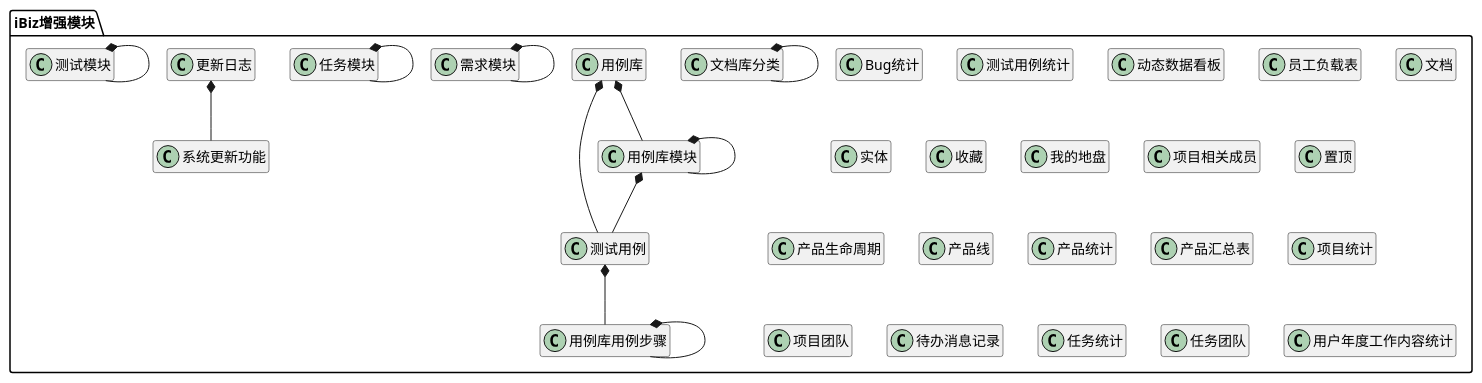
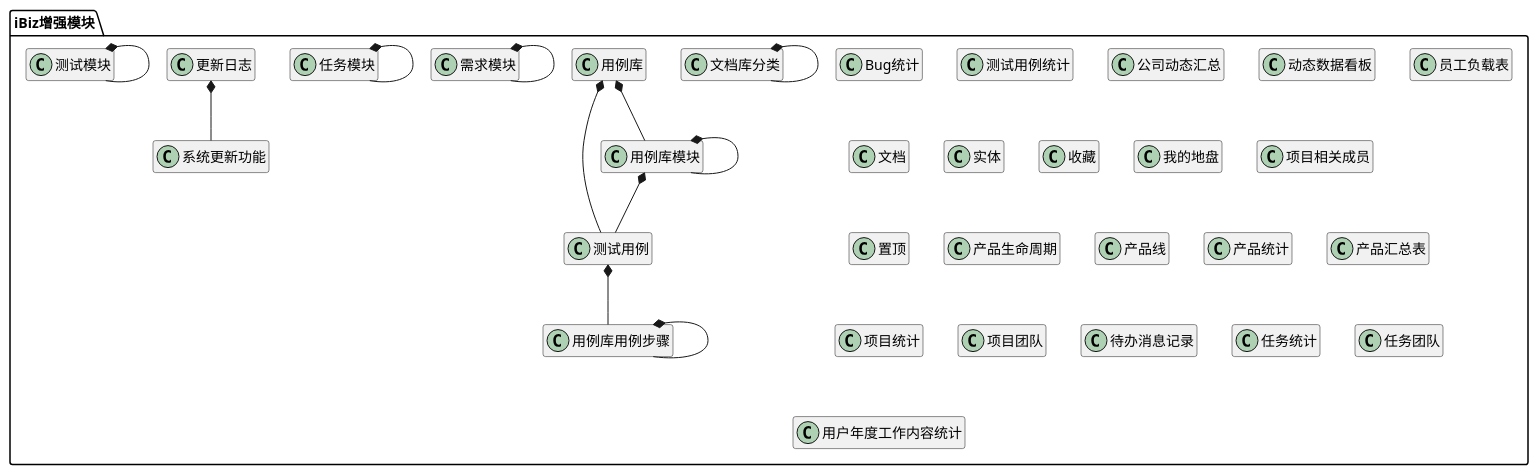
One commit to zj335841911/nt_chandao changed the diagram in ibizpms-docs/src/main/doc/v1/module/ibiz.md. Above: the diagram before and after it, drawn with PlantUML. The commit also changed other lines of this file and 79 other files, not shown here.

```diff
--- a/ibizpms-docs/src/main/doc/v1/module/ibiz.md
+++ b/ibizpms-docs/src/main/doc/v1/module/ibiz.md
@@ -11,6 +11,9 @@
 }
 
 class 测试用例统计 {
+}
+
+class 公司动态汇总 {
 }
 
 class 文档库分类 {
```
